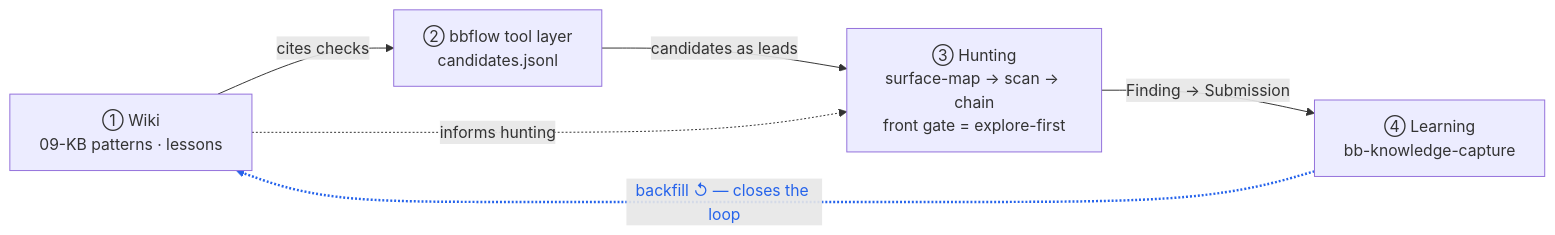
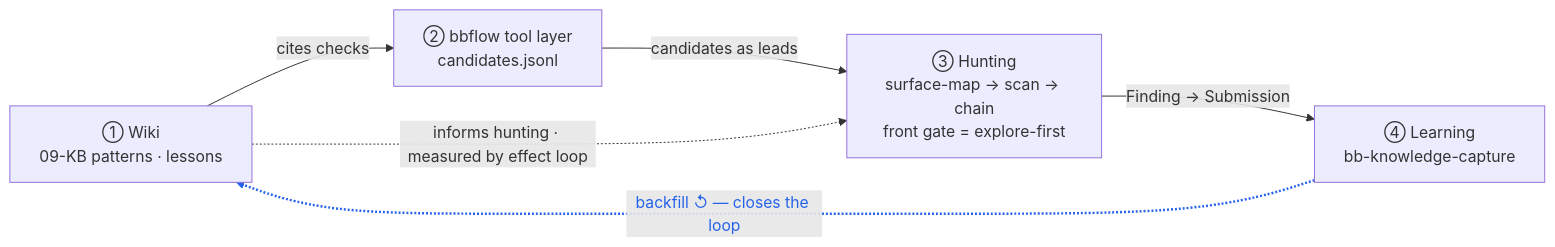
One commit to guan4tou2/bug-bounty-vault-framework changed the second of 2 diagrams in README.md. Above: the diagram before and after it, drawn with Mermaid. The commit also changed 1 other file, not shown here.

Commit message:
docs: architecture — add effect loop (capture vs retrieval) to closed-loop
The ① -> ③ "informs hunting" edge was assumed but never measured. Document
the effect loop (kb_roi/surface_kb/check_shelfware) as the third failure-mode
guard (capture without retrieval) and annotate the loop diagram edge in both
the README and the closed-loop doc. Adds a retrieval checklist item.

````diff
--- a/README.md
+++ b/README.md
@@ -43,13 +43,13 @@
 ```mermaid
 flowchart LR
   W["① Wiki<br/>09-KB patterns · lessons"]
   T["② bbflow tool layer<br/>candidates.jsonl"]
   H["③ Hunting<br/>surface-map → scan → chain<br/>front gate = explore-first"]
   L["④ Learning<br/>bb-knowledge-capture"]
   W -->|cites checks| T
   T -->|candidates as leads| H
   H -->|Finding → Submission| L
   L -.->|"backfill ↺ — closes the loop"| W
-  W -.->|informs hunting| H
+  W -.->|"informs hunting · measured by effect loop"| H
   linkStyle 3 stroke:#2563eb,stroke-width:2.5px,color:#2563eb
 ```
````
